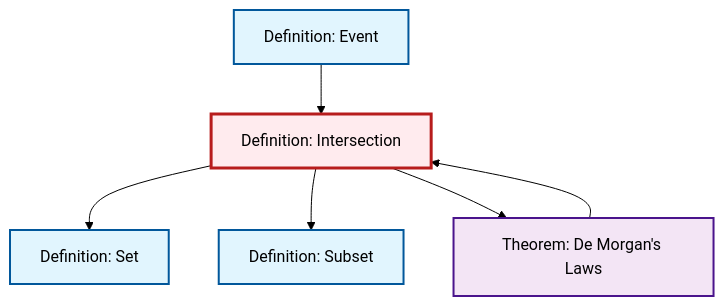
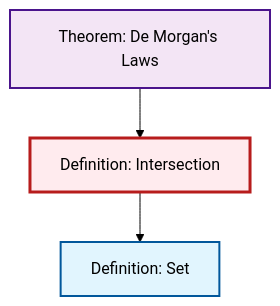
One commit to RK0429/ModernMath changed the diagram in content/en/logic-set-theory/def-intersection.qmd. Above: the diagram before and after it, drawn with Mermaid (forest theme). The commit also changed 511 other files, not shown here.

````diff
--- a/content/en/logic-set-theory/def-intersection.qmd
+++ b/content/en/logic-set-theory/def-intersection.qmd
@@ -60,25 +60,15 @@
 ```{mermaid}
 %%| fig-cap: "Local dependency graph"
 graph TD
     classDef definition fill:#e1f5fe,stroke:#01579b,stroke-width:2px
     classDef theorem fill:#f3e5f5,stroke:#4a148c,stroke-width:2px
     classDef axiom fill:#fff3e0,stroke:#e65100,stroke-width:2px
     classDef example fill:#e8f5e9,stroke:#1b5e20,stroke-width:2px
     classDef current fill:#ffebee,stroke:#b71c1c,stroke-width:3px
-    def-event["Definition: Event"]:::definition
+    def-intersection["Definition: Intersection"]:::definition
     def-set["Definition: Set"]:::definition
     thm-de-morgan["Theorem: De Morgan's Laws"]:::theorem
-    def-subset["Definition: Subset"]:::definition
-    def-intersection["Definition: Intersection"]:::definition
-    def-event --> def-intersection
+    thm-de-morgan --> def-intersection
     def-intersection --> def-set
-    def-intersection --> def-subset
-    def-intersection --> thm-de-morgan
-    thm-de-morgan --> def-intersection
     class def-intersection current
-
-    click def-event "def-event.html" "Go to Event definition"
-    click def-set "def-set.html" "Go to Set definition"
-    click thm-de-morgan "thm-de-morgan.html" "Go to De Morgan's Laws theorem"
-    click def-subset "def-subset.html" "Go to Subset definition"
 ```
````
